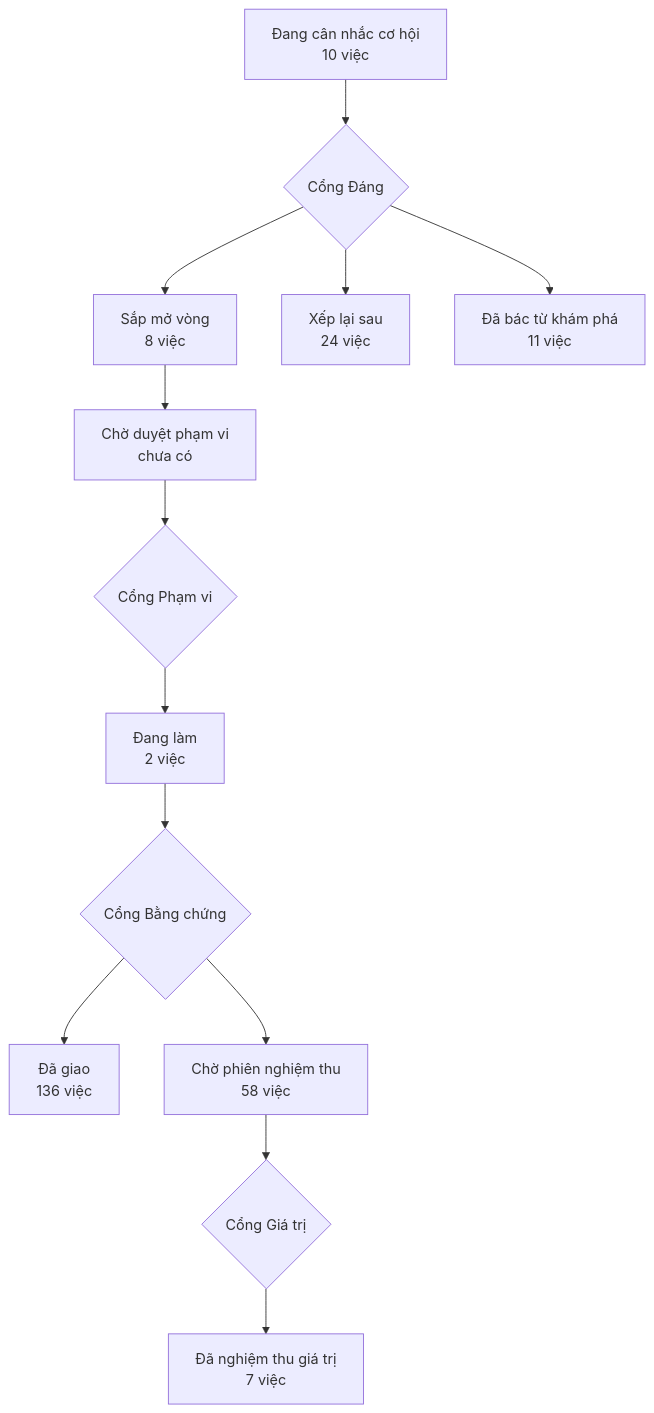
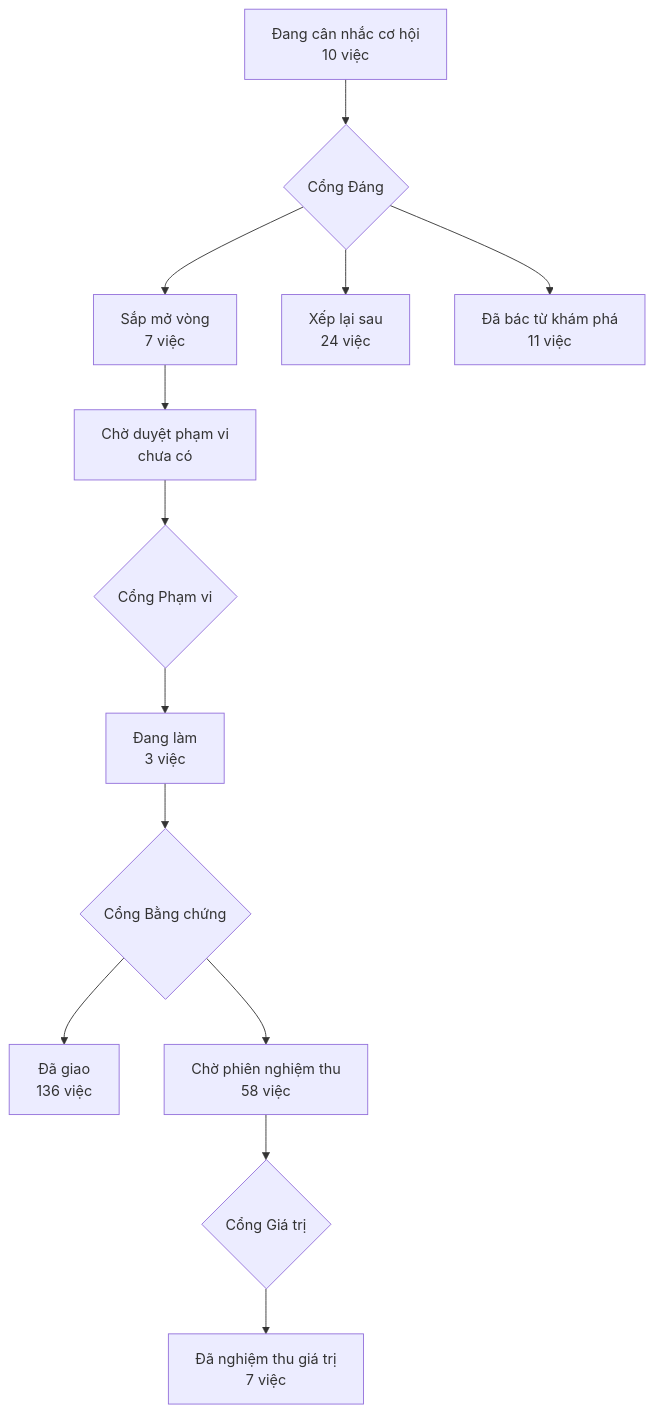
One commit to phanlemanh/acceptance-gate-kit changed the diagram in PRODUCT-MAP.md. Above: the diagram before and after it, drawn with Mermaid. The commit also changed 3 other files, not shown here.

````diff
--- a/PRODUCT-MAP.md
+++ b/PRODUCT-MAP.md
@@ -7,12 +7,12 @@
 ```mermaid
 flowchart TD
   A["Đang cân nhắc cơ hội<br/>10 việc"] --> GD{"Cổng Đáng"}
-  GD --> B["Sắp mở vòng<br/>8 việc"]
+  GD --> B["Sắp mở vòng<br/>7 việc"]
   GD --> XL["Xếp lại sau<br/>24 việc"]
   GD --> DB["Đã bác từ khám phá<br/>11 việc"]
   B --> CD["Chờ duyệt phạm vi<br/>chưa có"] --> GP{"Cổng Phạm vi"}
-  GP --> DL["Đang làm<br/>2 việc"] --> GB{"Cổng Bằng chứng"}
+  GP --> DL["Đang làm<br/>3 việc"] --> GB{"Cổng Bằng chứng"}
   GB --> DG["Đã giao<br/>136 việc"]
   GB --> CN["Chờ phiên nghiệm thu<br/>58 việc"] --> GG{"Cổng Giá trị"}
   GG --> NT["Đã nghiệm thu giá trị<br/>7 việc"]
 ```
````
